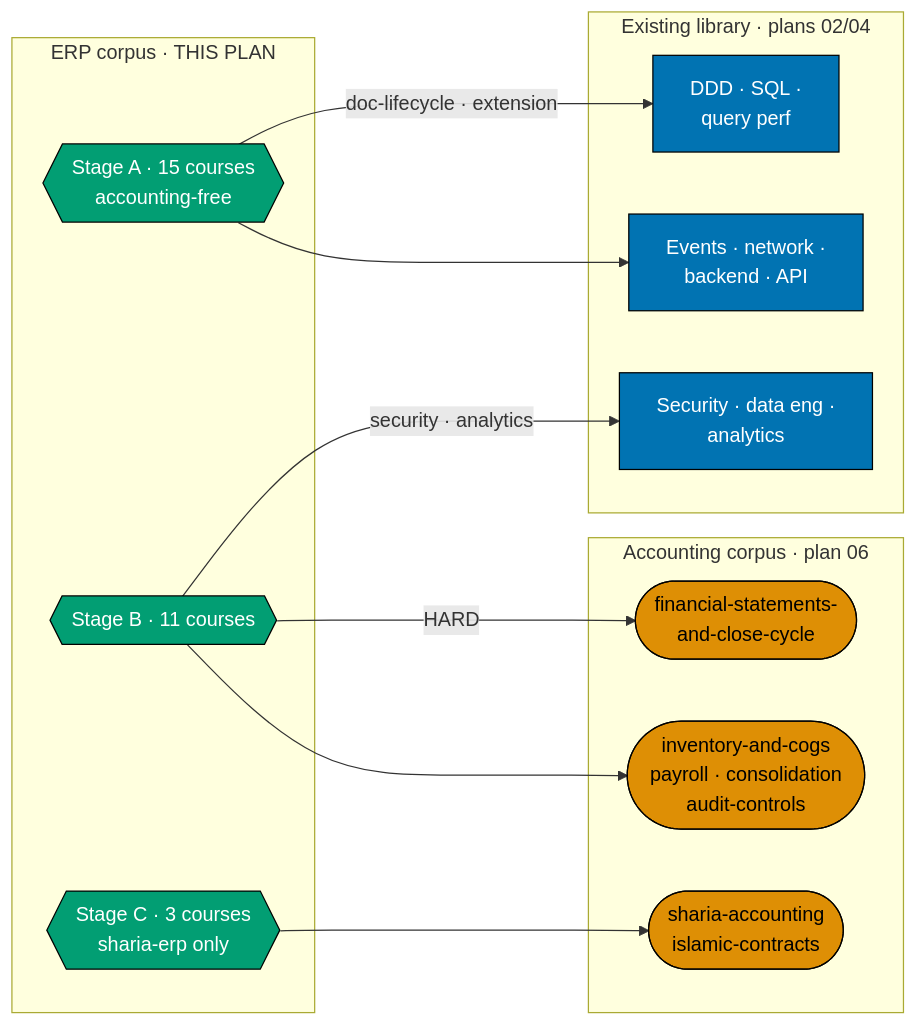
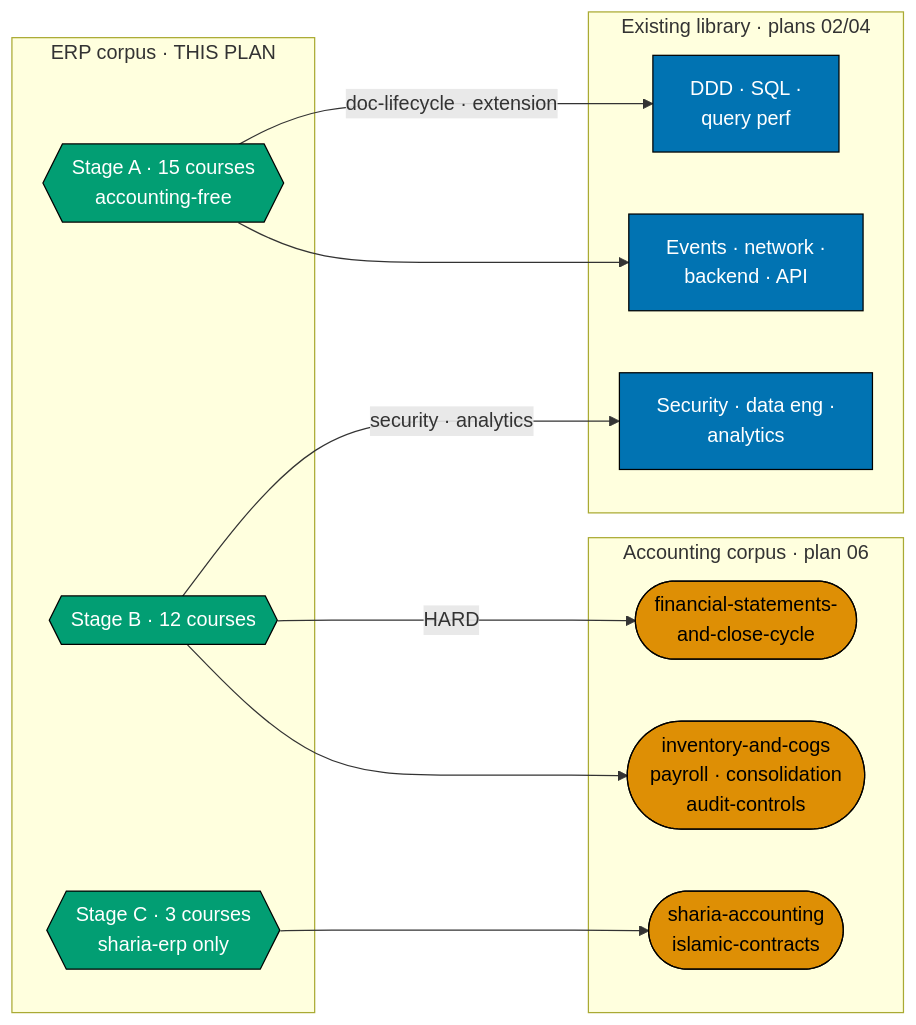
One commit to wahidyankf/baseerah changed the first of 3 diagrams in plans/backlog/ayokoding-learning-path-07-skills-erp/tech-docs.md. Above: the diagram before and after it, drawn with Mermaid. The commit also changed other lines of this file and 37 other files, not shown here.

````diff
--- a/plans/backlog/ayokoding-learning-path-07-skills-erp/tech-docs.md
+++ b/plans/backlog/ayokoding-learning-path-07-skills-erp/tech-docs.md
@@ -219,33 +220,33 @@
 ```mermaid
 %% Cross-domain prerequisite structure. Node SHAPE encodes domain:
 %% rectangle = existing software-engineering library, stadium = accounting corpus (plan 06),
 %% hexagon = ERP corpus (this plan). Every edge points INTO a prerequisite's domain,
 %% and no edge leaves the ERP subgraph — the coupling is acyclic by construction.
 flowchart LR
     subgraph SWE["Existing library · plans 02/04"]
         S1["DDD · SQL ·<br/>query perf"]:::swe
         S2["Events · network ·<br/>backend · API"]:::swe
         S3["Security · data eng ·<br/>analytics"]:::swe
     end
     subgraph ACC["Accounting corpus · plan 06"]
         A1(["financial-statements-<br/>and-close-cycle"]):::acc
         A2(["inventory-and-cogs<br/>payroll · consolidation<br/>audit-controls"]):::acc
         A3(["sharia-accounting<br/>islamic-contracts"]):::acc
     end
     subgraph ERP["ERP corpus · THIS PLAN"]
         E1{{"Stage A · 15 courses<br/>accounting-free"}}:::erp
-        E2{{"Stage B · 11 courses"}}:::erp
+        E2{{"Stage B · 12 courses"}}:::erp
         E3{{"Stage C · 3 courses<br/>sharia-erp only"}}:::erp
     end
 
     E1 -->|"doc-lifecycle · extension"| S1
     E1 --> S2
     E2 -->|"security · analytics"| S3
     E2 -->|"HARD"| A1
     E2 --> A2
     E3 --> A3
 
     classDef swe fill:#0173B2,stroke:#000000,color:#FFFFFF
     classDef acc fill:#DE8F05,stroke:#000000,color:#000000
     classDef erp fill:#029E73,stroke:#000000,color:#FFFFFF
 ```
````
